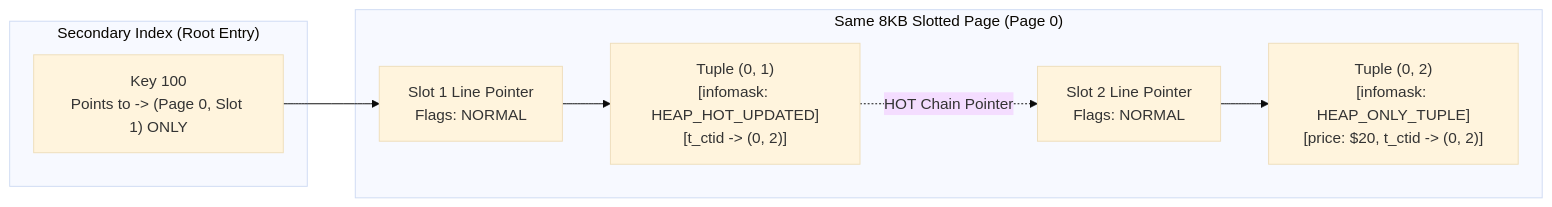
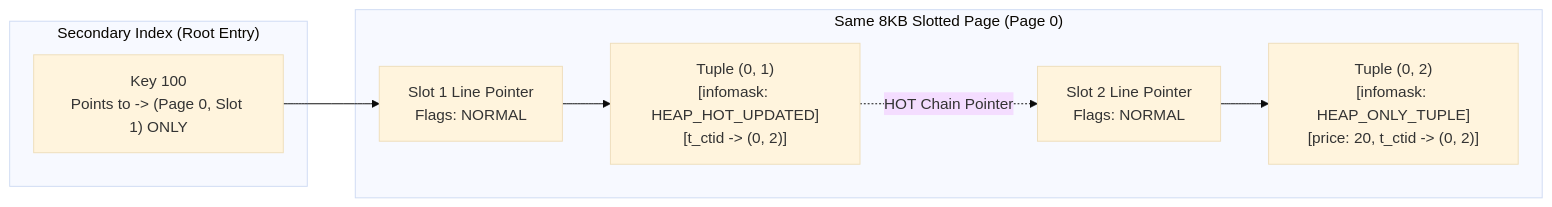
One commit to Nimastic/cpp-postgres changed the first of 2 diagrams in notes/atlas/07-heap-only-tuples.md. Above: the diagram before and after it, drawn with Mermaid (base theme). The commit also changed other lines of this file and 16 other files, not shown here.

First line of the commit message:
fix(atlas): resolve all Mermaid diagram and LaTeX syntax parsing errors

````diff
--- a/notes/atlas/07-heap-only-tuples.md
+++ b/notes/atlas/07-heap-only-tuples.md
@@ -16,14 +16,14 @@
 ```mermaid
 flowchart LR
     subgraph BTree["Secondary Index (Root Entry)"]
         IDX["Key 100\nPoints to -> (Page 0, Slot 1) ONLY"]
     end
 
     subgraph Page0["Same 8KB Slotted Page (Page 0)"]
         LP1["Slot 1 Line Pointer\nFlags: NORMAL"] --> T1["Tuple (0, 1)\n[infomask: HEAP_HOT_UPDATED]\n[t_ctid -> (0, 2)]"]
-        LP2["Slot 2 Line Pointer\nFlags: NORMAL"] --> T2["Tuple (0, 2)\n[infomask: HEAP_ONLY_TUPLE]\n[price: $20, t_ctid -> (0, 2)]"]
+        LP2["Slot 2 Line Pointer\nFlags: NORMAL"] --> T2["Tuple (0, 2)\n[infomask: HEAP_ONLY_TUPLE]\n[price: 20, t_ctid -> (0, 2)]"]
     end
 
     IDX --> LP1
     T1 -.->|HOT Chain Pointer| LP2
 ```
````
